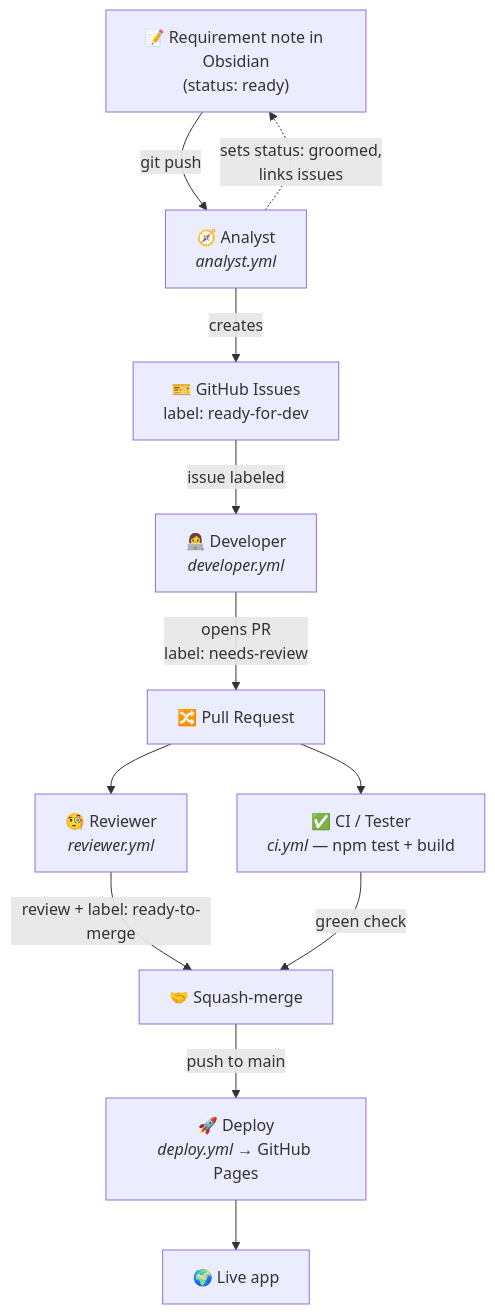
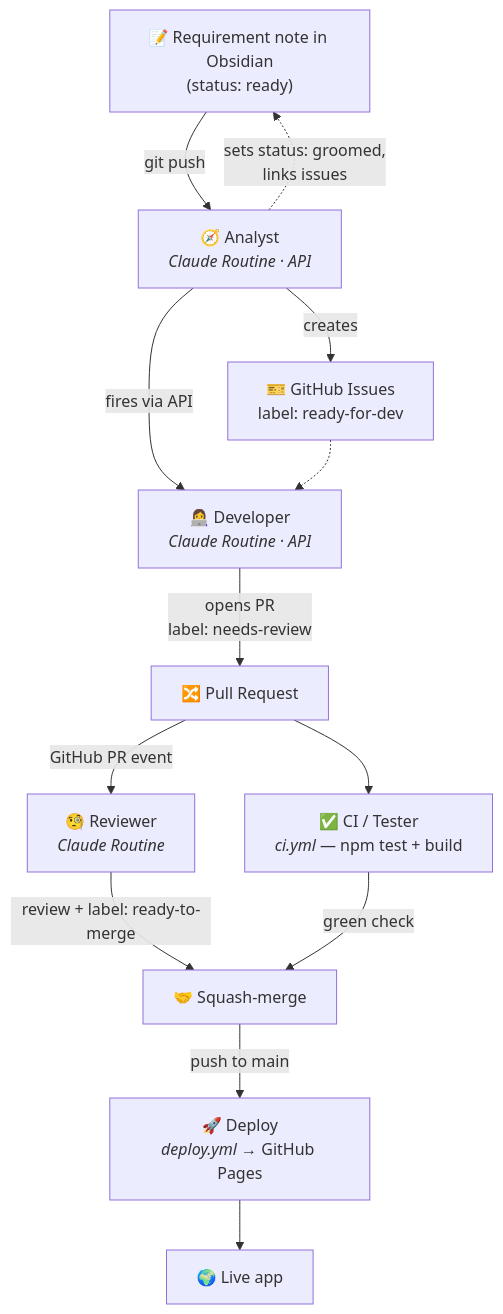
The diagram in vault/09 - How it works/SDLC Pipeline.md (markoub/zenith), drawn with Mermaid before and after one commit. The commit also changed other lines of this file and 6 other files, not shown here.

First line of the commit message:
Agents run as Claude Routines (no GitHub Actions for agent work)

````diff
--- a/vault/09 - How it works/SDLC Pipeline.md
+++ b/vault/09 - How it works/SDLC Pipeline.md
@@ -13,14 +13,15 @@
 ```mermaid
 flowchart TD
     A["📝 Requirement note in Obsidian<br/>(status: ready)"] -->|git push| B
-    B["🧭 Analyst<br/><i>analyst.yml</i>"] -->|creates| C["🎫 GitHub Issues<br/>label: ready-for-dev"]
-    C -->|issue labeled| D["👩‍💻 Developer<br/><i>developer.yml</i>"]
+    B["🧭 Analyst<br/><i>Claude Routine · API</i>"] -->|creates| C["🎫 GitHub Issues<br/>label: ready-for-dev"]
+    B -->|fires via API| D
+    C -.-> D["👩‍💻 Developer<br/><i>Claude Routine · API</i>"]
     D -->|opens PR<br/>label: needs-review| E["🔀 Pull Request"]
     E --> F["✅ CI / Tester<br/><i>ci.yml</i> — npm test + build"]
-    E --> G["🧐 Reviewer<br/><i>reviewer.yml</i>"]
+    E -->|GitHub PR event| G["🧐 Reviewer<br/><i>Claude Routine</i>"]
     G -->|review + label: ready-to-merge| H["🤝 Squash-merge"]
     F -->|green check| H
     H -->|push to main| I["🚀 Deploy<br/><i>deploy.yml</i> → GitHub Pages"]
     I --> J["🌍 Live app"]
     B -.->|sets status: groomed,<br/>links issues| A
 ```
````
